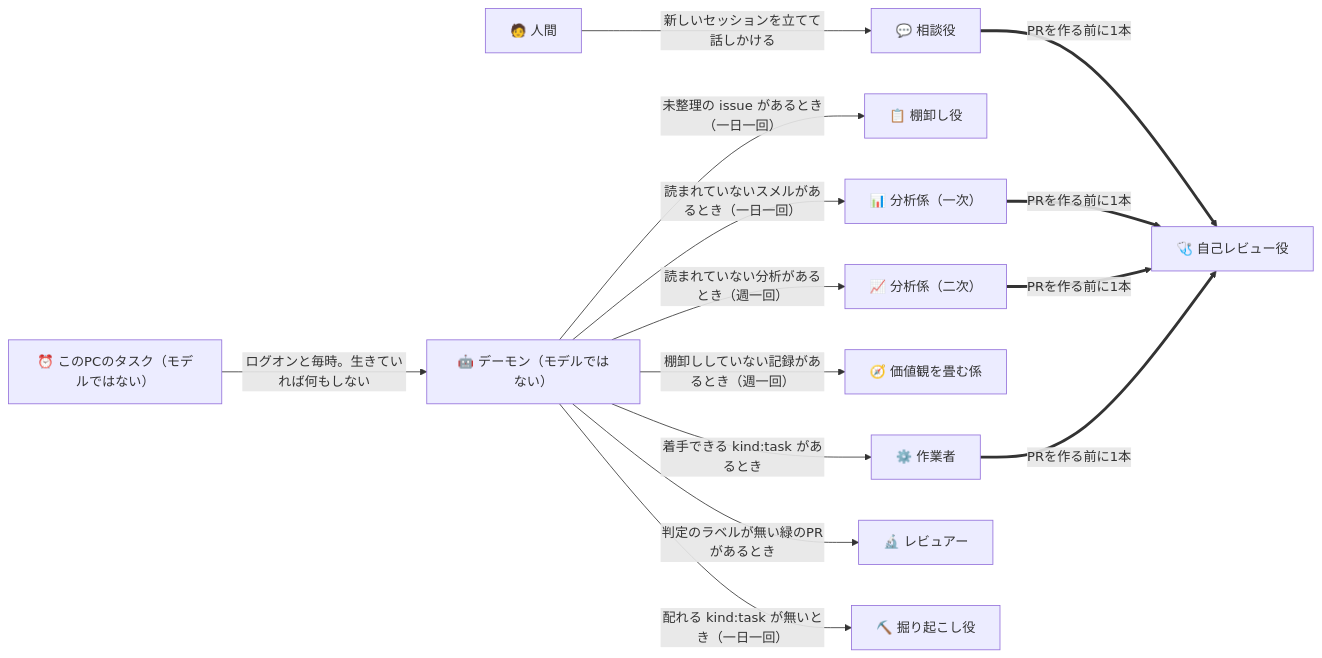
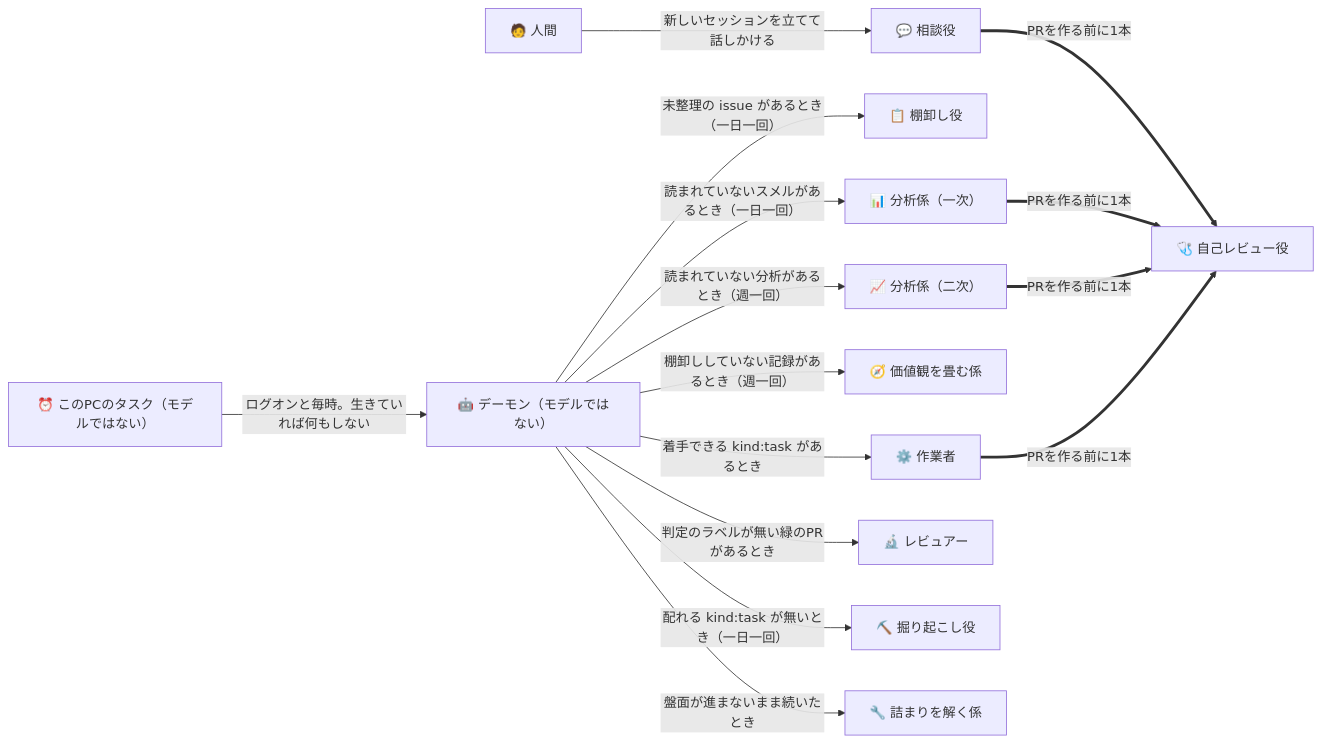
The first of 5 diagrams in docs/ParallelAgents.md (gooyyu1/UnmappedIsland), drawn with Mermaid before and after one commit. The commit also changed other lines of this file and 24 other files, not shown here.

````diff
--- a/docs/ParallelAgents.md
+++ b/docs/ParallelAgents.md
@@ -29,29 +29,31 @@
 ```mermaid
 flowchart LR
     Human["🧑 人間"]
     Task["⏰ このPCのタスク（モデルではない）"]
     Daemon["🤖 デーモン（モデルではない）"]
     Adviser["💬 相談役"]
     Triage["📋 棚卸し役"]
     Analysis["📊 分析係（一次）"]
     Trend["📈 分析係（二次）"]
     Policy["🧭 価値観を畳む係"]
     Reviewer["🔬 レビュアー"]
     Worker["⚙️ 作業者"]
     SelfReview["🩺 自己レビュー役"]
     Digger["⛏️ 掘り起こし役"]
+    Unstick["🔧 詰まりを解く係"]
 
     Human -->|"新しいセッションを立てて話しかける"| Adviser
     Task -->|"ログオンと毎時。生きていれば何もしない"| Daemon
     Daemon -->|"未整理の issue があるとき（一日一回）"| Triage
     Daemon -->|"読まれていないスメルがあるとき（一日一回）"| Analysis
     Daemon -->|"読まれていない分析があるとき（週一回）"| Trend
     Daemon -->|"棚卸ししていない記録があるとき（週一回）"| Policy
     Daemon -->|"着手できる kind:task があるとき"| Worker
     Daemon -->|"判定のラベルが無い緑のPRがあるとき"| Reviewer
     Daemon -->|"配れる kind:task が無いとき（一日一回）"| Digger
+    Daemon -->|"盤面が進まないまま続いたとき"| Unstick
     Worker ==>|"PRを作る前に1本"| SelfReview
     Analysis ==>|"PRを作る前に1本"| SelfReview
     Trend ==>|"PRを作る前に1本"| SelfReview
     Adviser ==>|"PRを作る前に1本"| SelfReview
 ```
````
